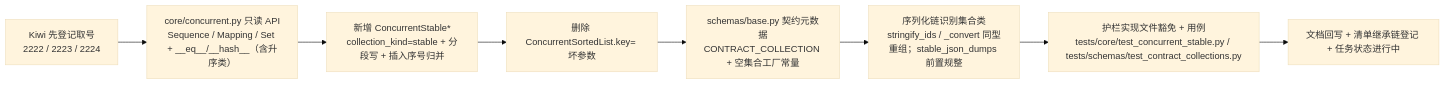
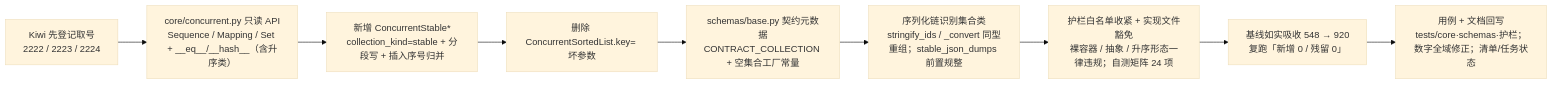
One commit to minjian123/basic-management-system changed the diagram in bms文档/项目/06_认证与安全/任务/08_裸无序集合治理/08_裸无序集合治理_02_bms_core存量整改/实施/01_实施_02_bms_core存量整改.md. Above: the diagram before and after it, drawn with Mermaid (base theme). The commit also changed other lines of this file and 10 other files, not shown here.

````diff
--- a/bms文档/项目/06_认证与安全/任务/08_裸无序集合治理/08_裸无序集合治理_02_bms_core存量整改/实施/01_实施_02_bms_core存量整改.md
+++ b/bms文档/项目/06_认证与安全/任务/08_裸无序集合治理/08_裸无序集合治理_02_bms_core存量整改/实施/01_实施_02_bms_core存量整改.md
@@ -22,10 +22,11 @@
 ```mermaid
 flowchart LR
     A["Kiwi 先登记取号<br/>2222 / 2223 / 2224"] --> B["core/concurrent.py 只读 API<br/>Sequence / Mapping / Set + __eq__/__hash__（含升序类）"]
     B --> C["新增 ConcurrentStable*<br/>collection_kind=stable + 分段写 + 插入序号归并"]
     C --> D["删除 ConcurrentSortedList.key= 坏参数"]
     D --> E["schemas/base.py 契约元数据<br/>CONTRACT_COLLECTION + 空集合工厂常量"]
     E --> F["序列化链识别集合类<br/>stringify_ids / _convert 同型重组；stable_json_dumps 前置规整"]
-    F --> G["护栏实现文件豁免 + 用例<br/>tests/core/test_concurrent_stable.py / tests/schemas/test_contract_collections.py"]
-    G --> H["文档回写 + 清单继承链登记 + 任务状态进行中"]
+    F --> G["护栏白名单收紧 + 实现文件豁免<br/>裸容器 / 抽象 / 升序形态一律违规；自测矩阵 24 项"]
+    G --> H["基线如实吸收 548 → 920<br/>复跑「新增 0 / 残留 0」"]
+    H --> I["用例 + 文档回写<br/>tests/core·schemas·护栏；数字全域修正；清单/任务状态"]
 ```
````
